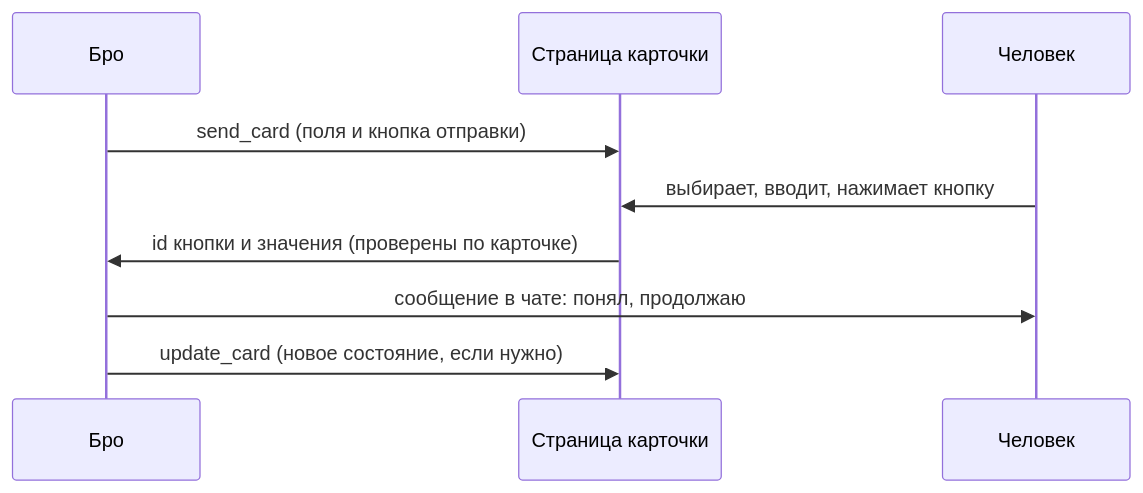
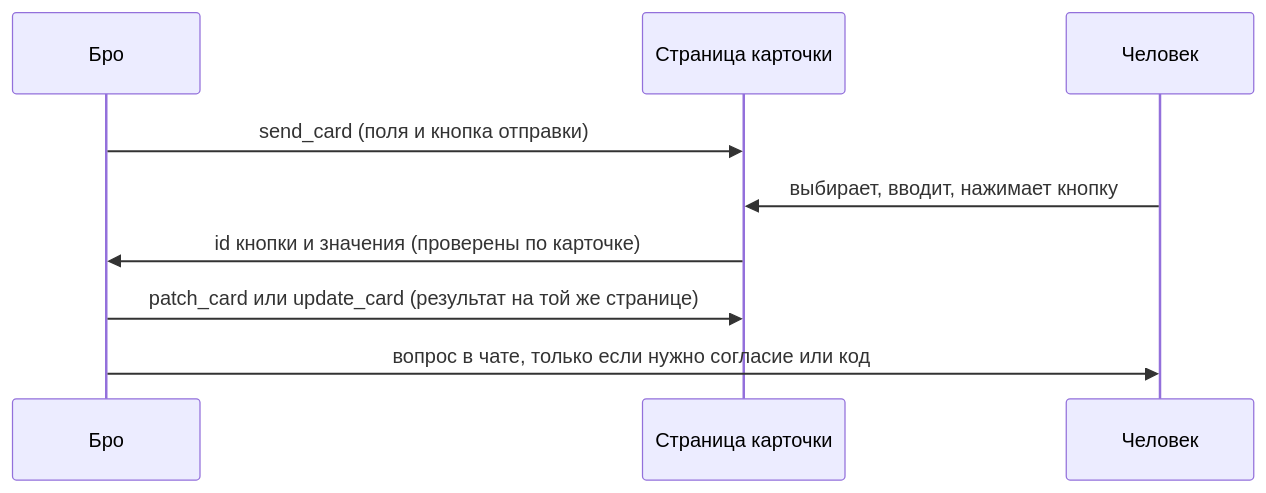
Before and after one commit to Ageree/bro: the second of 2 diagrams in docs/cards.md, drawn with Mermaid. The commit also changed other lines of this file and 39 other files, not shown here.

````diff
--- a/docs/cards.md
+++ b/docs/cards.md
@@ -174,11 +218,11 @@
 ```mermaid
 sequenceDiagram
   participant B as Бро
   participant P as Страница карточки
   participant H as Человек
   B->>P: send_card (поля и кнопка отправки)
   H->>P: выбирает, вводит, нажимает кнопку
   P->>B: id кнопки и значения (проверены по карточке)
-  B->>H: сообщение в чате: понял, продолжаю
-  B->>P: update_card (новое состояние, если нужно)
+  B->>P: patch_card или update_card (результат на той же странице)
+  B->>H: вопрос в чате, только если нужно согласие или код
 ```
````
